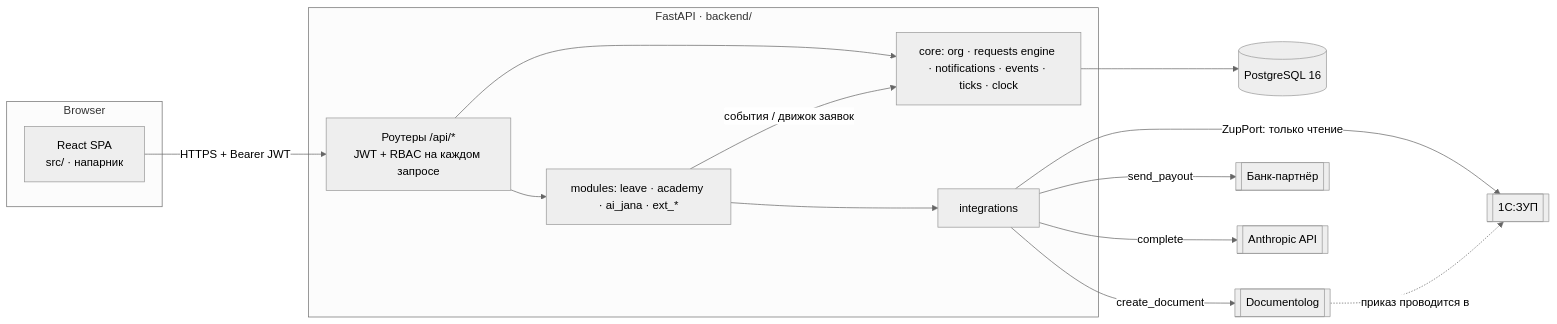
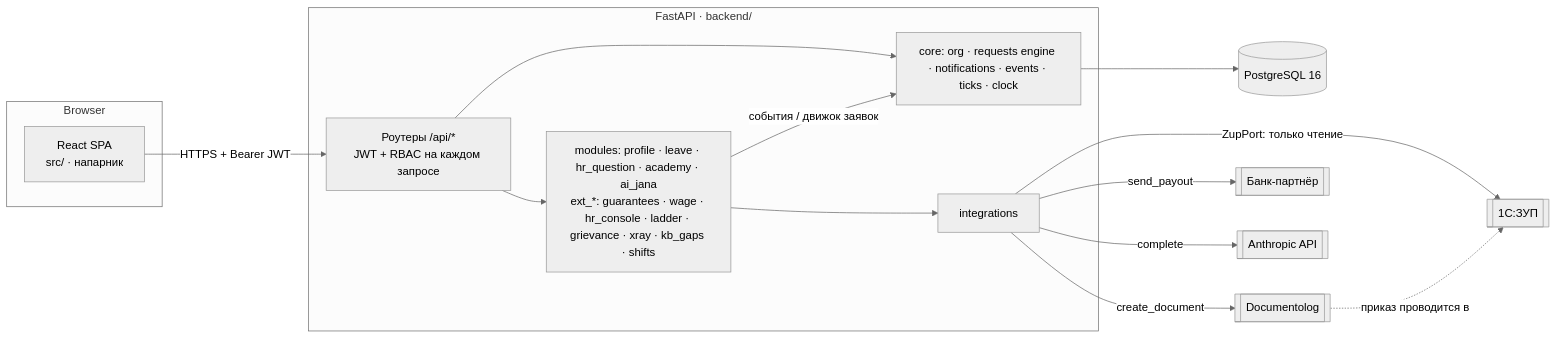
The diagram in docs/ARCHITECTURE.md (professorbond/terricon_professors), drawn with Mermaid (neutral theme) before and after one commit. The commit also changed other lines of this file and 4 other files, not shown here.

````diff
--- a/docs/ARCHITECTURE.md
+++ b/docs/ARCHITECTURE.md
@@ -3,29 +3,29 @@
 ```mermaid
 flowchart LR
   subgraph Browser
     FE[React SPA<br/>src/ · напарник]
   end
   subgraph Backend[FastAPI · backend/]
     API[Роутеры /api/*<br/>JWT + RBAC на каждом запросе]
     CORE[core: org · requests engine · notifications · events · ticks · clock]
-    MOD[modules: leave · academy · ai_jana · ext_*]
+    MOD[modules: profile · leave · hr_question · academy · ai_jana<br/>ext_*: guarantees · wage · hr_console · ladder · grievance · xray · kb_gaps · shifts]
     INT[integrations]
   end
   DB[(PostgreSQL 16)]
   ZUP[[1С:ЗУП]]
   DL[[Documentolog]]
   BANK[[Банк-партнёр]]
   LLM[[Anthropic API]]
 
   FE -- HTTPS + Bearer JWT --> API
   API --> CORE
   API --> MOD
   MOD -- события / движок заявок --> CORE
   CORE --> DB
   MOD --> INT
   INT -- ZupPort: только чтение --> ZUP
   INT -- create_document --> DL
   DL -. приказ проводится в .-> ZUP
   INT -- send_payout --> BANK
   INT -- complete --> LLM
 ```
````
